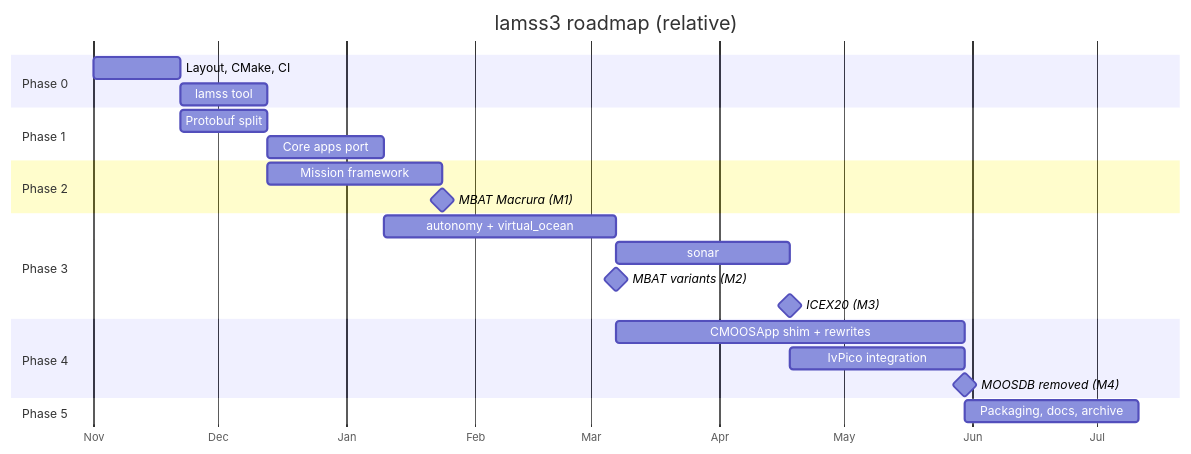
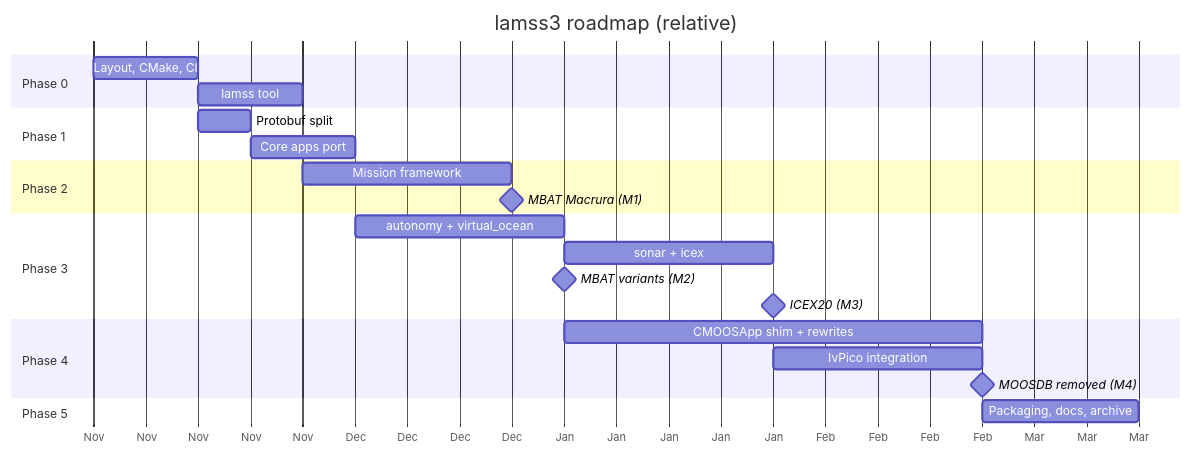
The third of 3 diagrams in core/src/doc/plan/claude/00-overview.md (GobySoft/lamss3), drawn with Mermaid before and after one commit. The commit also changed other lines of this file and 11 other files, not shown here.

````diff
--- a/core/src/doc/plan/claude/00-overview.md
+++ b/core/src/doc/plan/claude/00-overview.md
@@ -144,26 +147,26 @@
 ```mermaid
 gantt
   title lamss3 roadmap (relative)
   dateFormat YYYY-MM-DD
   axisFormat %b
   section Phase 0
-  Layout, CMake, CI          :p0a, 2026-11-01, 3w
-  lamss tool                 :p0b, after p0a, 3w
+  Layout, CMake, CI          :p0a, 2026-11-01, 2w
+  lamss tool                 :p0b, after p0a, 2w
   section Phase 1
-  Protobuf split             :p1a, after p0a, 3w
-  Core apps port             :p1b, after p1a, 4w
+  Protobuf split             :p1a, after p0a, 1w
+  Core apps port             :p1b, after p1a, 2w
   section Phase 2
-  Mission framework          :p2a, after p0b, 6w
+  Mission framework          :p2a, after p0b, 4w
   MBAT Macrura (M1)          :milestone, m1, after p2a, 0d
   section Phase 3
-  autonomy + virtual_ocean   :p3a, after p1b, 8w
-  sonar                      :p3b, after p3a, 6w
+  autonomy + virtual_ocean   :p3a, after p1b, 4w
+  sonar + icex               :p3b, after p3a, 4w
   MBAT variants (M2)         :milestone, m2, after p3a, 0d
   ICEX20 (M3)                :milestone, m3, after p3b, 0d
   section Phase 4
-  CMOOSApp shim + rewrites   :p4a, after p3a, 12w
-  IvPico integration         :p4b, after p3b, 6w
+  CMOOSApp shim + rewrites   :p4a, after p3a, 8w
+  IvPico integration         :p4b, after p3b, 4w
   MOOSDB removed (M4)        :milestone, m4, after p4a, 0d
   section Phase 5
-  Packaging, docs, archive   :p5, after p4a, 6w
+  Packaging, docs, archive   :p5, after p4a, 3w
 ```
````
